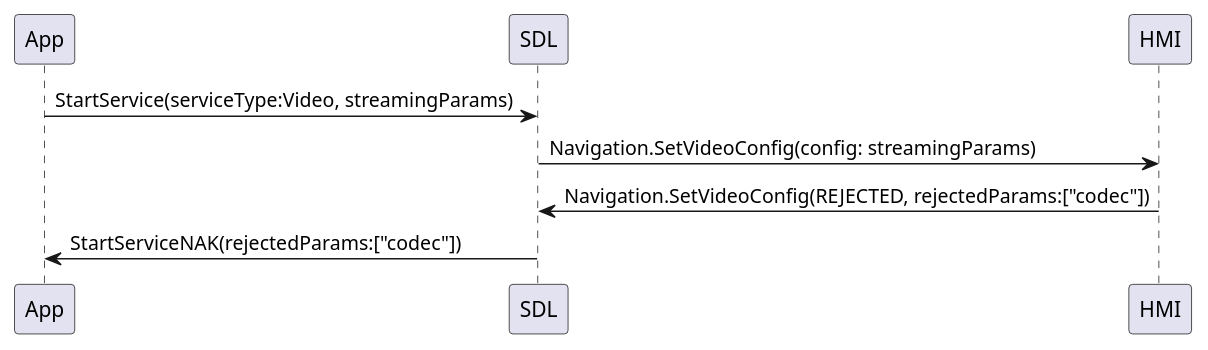
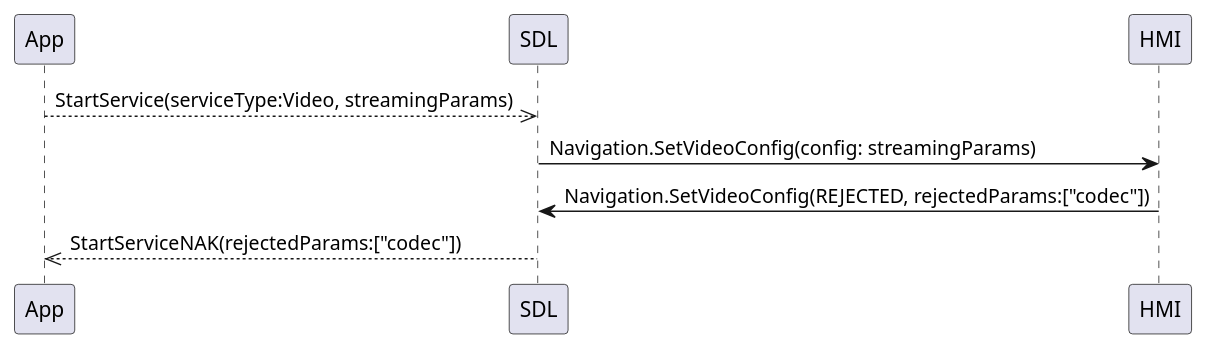
One commit to smartdevicelink/sdl_hmi_integration_guidelines changed the diagram in docs/Navigation/SetVideoConfig/assets/SetVideoConfigErrorFlow.puml. Above: the diagram before and after it, drawn with PlantUML. The commit also changed 4 other files, not shown here.

```diff
--- a/docs/Navigation/SetVideoConfig/assets/SetVideoConfigErrorFlow.puml
+++ b/docs/Navigation/SetVideoConfig/assets/SetVideoConfigErrorFlow.puml
@@ -1,16 +1,16 @@
 @startuml
 /'
 Source file for sequence diagram
 More information at https://plantuml.com/ 
 '/
 
 Participant "App" as A
 Participant "SDL" as SDL
 Participant "HMI" as HMI
 
-A -> SDL: StartService(serviceType:Video, streamingParams)
+A -->> SDL: StartService(serviceType:Video, streamingParams)
 SDL -> HMI: Navigation.SetVideoConfig(config: streamingParams)
 HMI -> SDL: Navigation.SetVideoConfig(REJECTED, rejectedParams:["codec"])
-SDL -> A: StartServiceNAK(rejectedParams:["codec"])
+SDL -->> A: StartServiceNAK(rejectedParams:["codec"])
 
 @enduml
```
